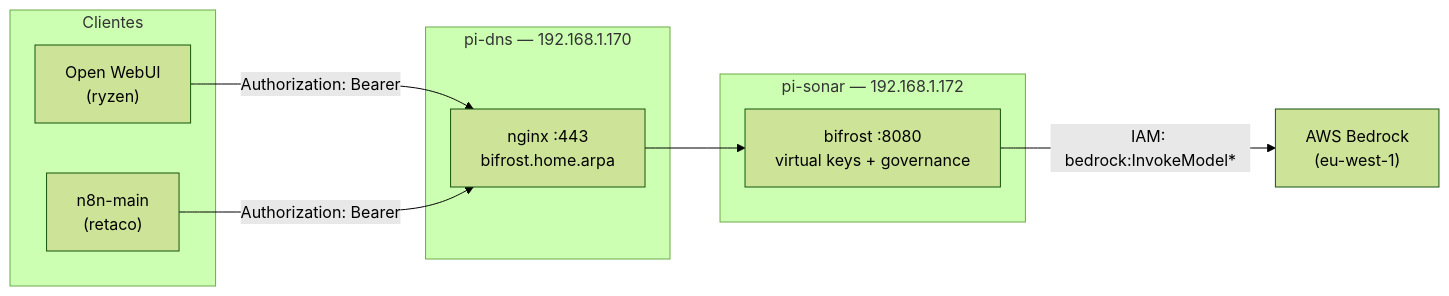
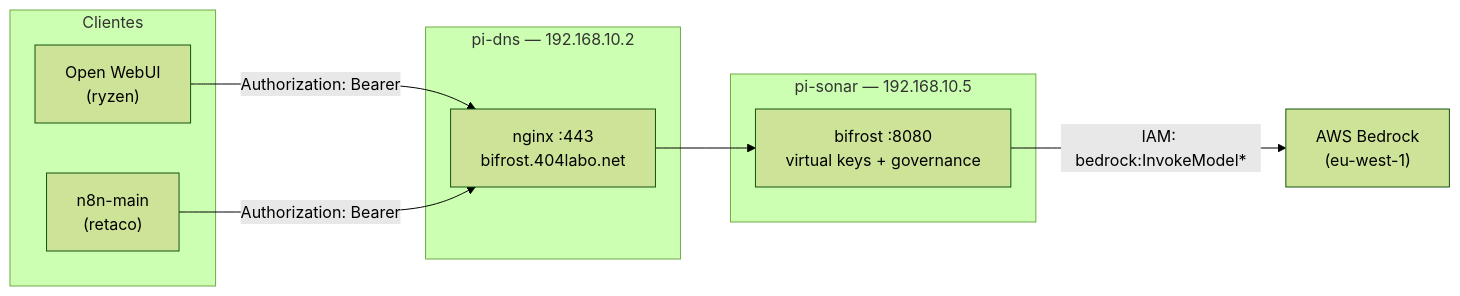
One commit to impalah/homelab-cluster changed the diagram in docs/23-bifrost-gateway-llm.md. Above: the diagram before and after it, drawn with Mermaid (forest theme). The commit also changed other lines of this file and 41 other files, not shown here.

````diff
--- a/docs/23-bifrost-gateway-llm.md
+++ b/docs/23-bifrost-gateway-llm.md
@@ -20,22 +20,22 @@
 ```mermaid
 flowchart LR
     subgraph Clientes
         WEBUI["Open WebUI\n(ryzen)"]
         N8N["n8n-main\n(retaco)"]
     end
 
-    subgraph pidns["pi-dns — 192.168.1.170"]
-        NGINX["nginx :443\nbifrost.home.arpa"]
+    subgraph pidns["pi-dns — 192.168.10.2"]
+        NGINX["nginx :443\nbifrost.404labo.net"]
     end
 
-    subgraph pisonar["pi-sonar — 192.168.1.172"]
+    subgraph pisonar["pi-sonar — 192.168.10.5"]
         BF["bifrost :8080\nvirtual keys + governance"]
     end
 
     AWS["AWS Bedrock\n(eu-west-1)"]
 
     WEBUI -->|"Authorization: Bearer <virtual key>"| NGINX
     N8N -->|"Authorization: Bearer <virtual key>"| NGINX
     NGINX --> BF
     BF -->|"IAM: bedrock:InvokeModel*"| AWS
 ```
````
